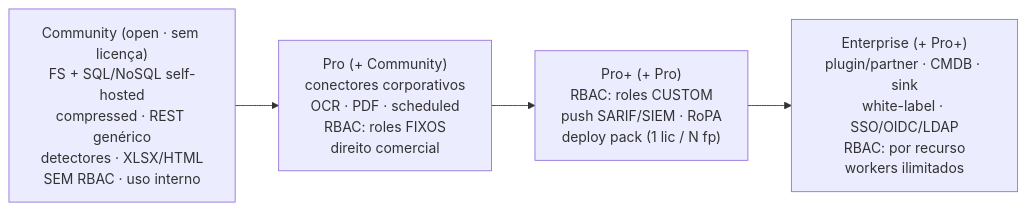
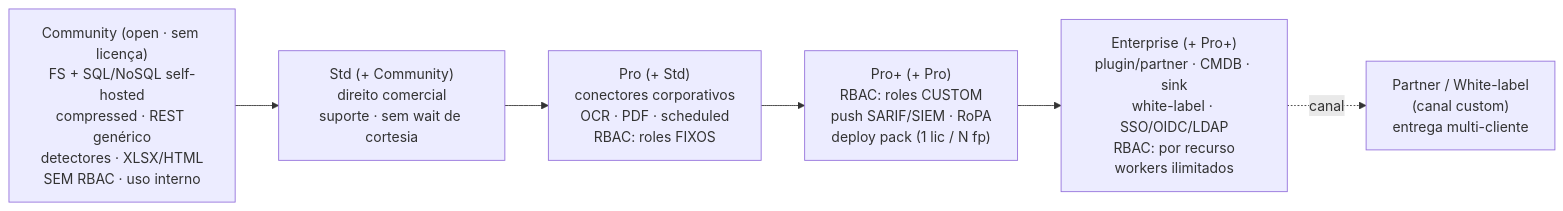
One commit to DataBoar/data-boar changed the first of 2 diagrams in docs/SUBSCRIPTION_TIERS.pt_BR.md. Above: the diagram before and after it, drawn with Mermaid. The commit also changed other lines of this file and 20 other files, not shown here.

First line of the commit message:
feat(licensing): add Std/Pro+/Partner tiers and security hardening slice

````diff
--- a/docs/SUBSCRIPTION_TIERS.pt_BR.md
+++ b/docs/SUBSCRIPTION_TIERS.pt_BR.md
@@ -24,8 +26,11 @@
 ```mermaid
 flowchart LR
     C["Community (open · sem licença)<br/>FS + SQL/NoSQL self-hosted<br/>compressed · REST genérico<br/>detectores · XLSX/HTML<br/>SEM RBAC · uso interno"]
-    P["Pro (+ Community)<br/>conectores corporativos<br/>OCR · PDF · scheduled<br/>RBAC: roles FIXOS<br/>direito comercial"]
+    S["Std (+ Community)<br/>direito comercial<br/>suporte · sem wait de cortesia"]
+    P["Pro (+ Std)<br/>conectores corporativos<br/>OCR · PDF · scheduled<br/>RBAC: roles FIXOS"]
     PP["Pro+ (+ Pro)<br/>RBAC: roles CUSTOM<br/>push SARIF/SIEM · RoPA<br/>deploy pack (1 lic / N fp)"]
     E["Enterprise (+ Pro+)<br/>plugin/partner · CMDB · sink<br/>white-label · SSO/OIDC/LDAP<br/>RBAC: por recurso<br/>workers ilimitados"]
-    C --> P --> PP --> E
+    PT["Partner / White-label<br/>(canal custom)<br/>entrega multi-cliente"]
+    C --> S --> P --> PP --> E
+    E -. canal .-> PT
 ```
````
